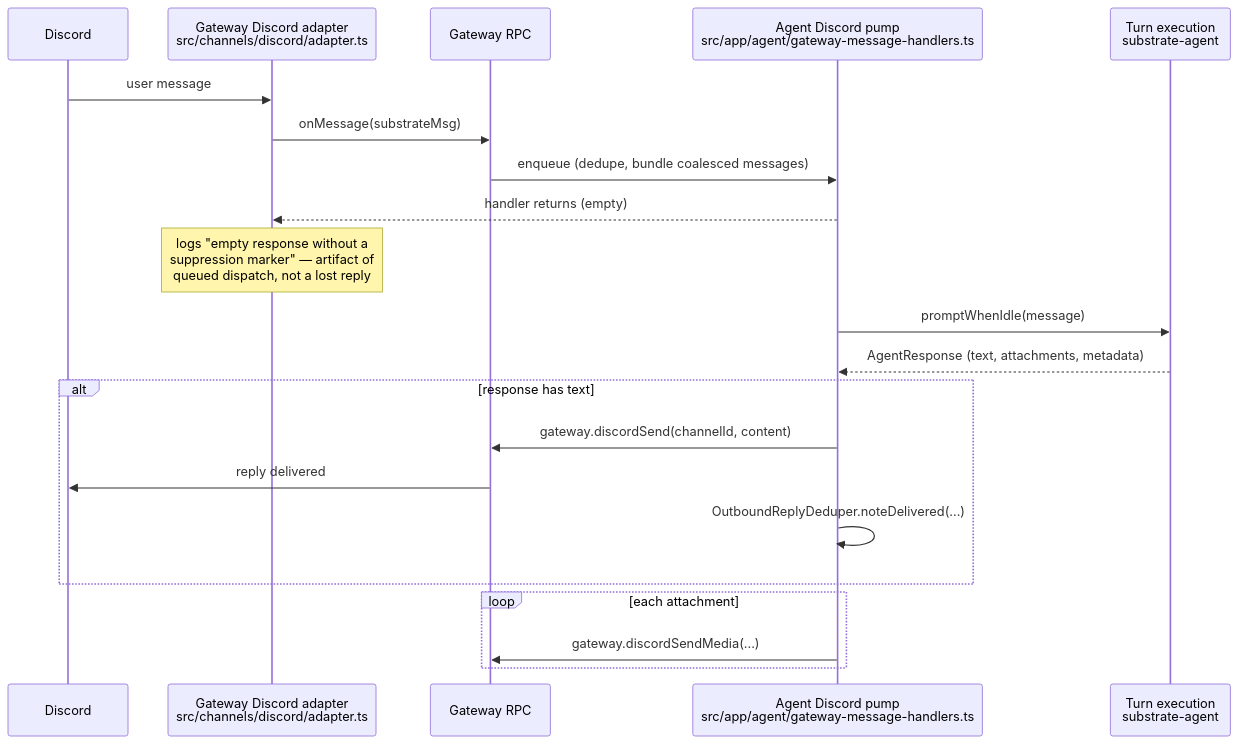
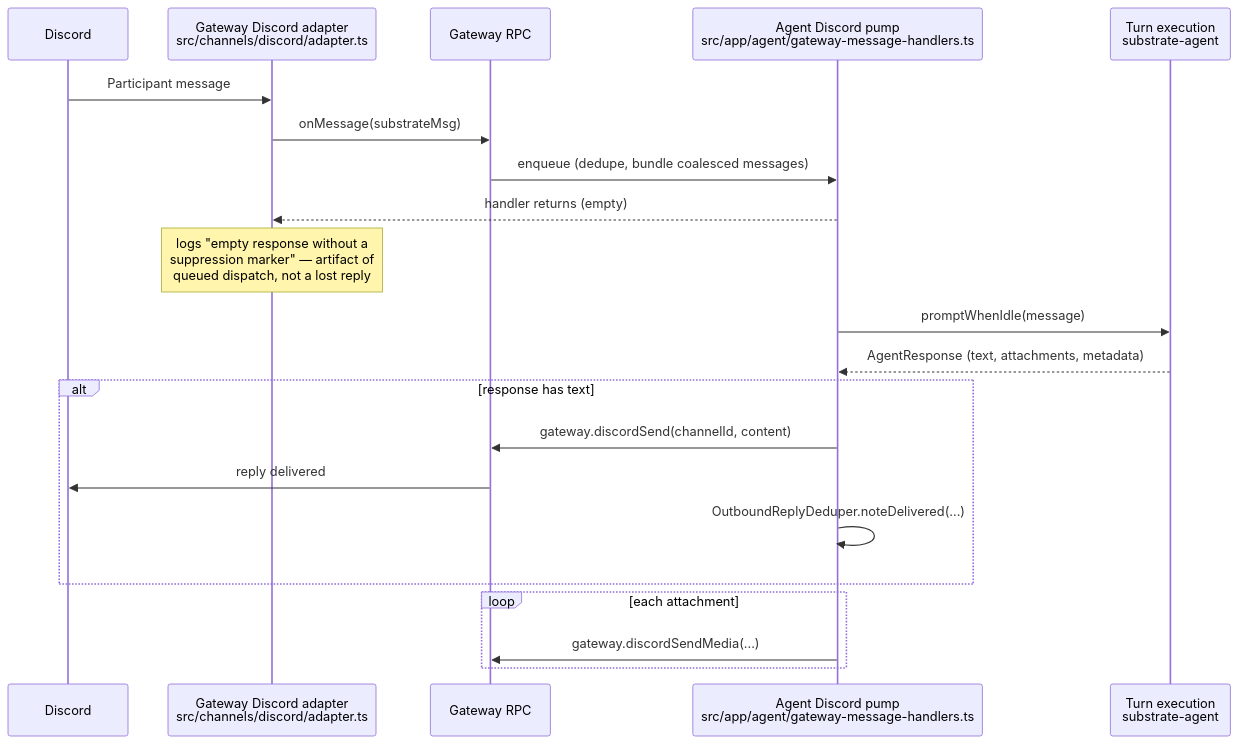
Before and after one commit to CGIC-AI/psfn-framework: the first of 4 diagrams in docs/chat-turn-lifecycle.md, drawn with Mermaid. The commit also changed other lines of this file and 111 other files, not shown here.

````diff
--- a/docs/chat-turn-lifecycle.md
+++ b/docs/chat-turn-lifecycle.md
@@ -21,24 +21,24 @@
 ```mermaid
 sequenceDiagram
     participant D as Discord
     participant GA as Gateway Discord adapter<br/>src/channels/discord/adapter.ts
     participant RPC as Gateway RPC
     participant P as Agent Discord pump<br/>src/app/agent/gateway-message-handlers.ts
     participant T as Turn execution<br/>substrate-agent
 
-    D->>GA: user message
+    D->>GA: Participant message
     GA->>RPC: onMessage(substrateMsg)
     RPC->>P: enqueue (dedupe, bundle coalesced messages)
     P-->>GA: handler returns (empty)
     Note over GA: logs "empty response without a<br/>suppression marker" — artifact of<br/>queued dispatch, not a lost reply
     P->>T: promptWhenIdle(message)
     T-->>P: AgentResponse (text, attachments, metadata)
     alt response has text
         P->>RPC: gateway.discordSend(channelId, content)
         RPC->>D: reply delivered
         P->>P: OutboundReplyDeduper.noteDelivered(...)
     end
     loop each attachment
         P->>RPC: gateway.discordSendMedia(...)
     end
 ```
````
